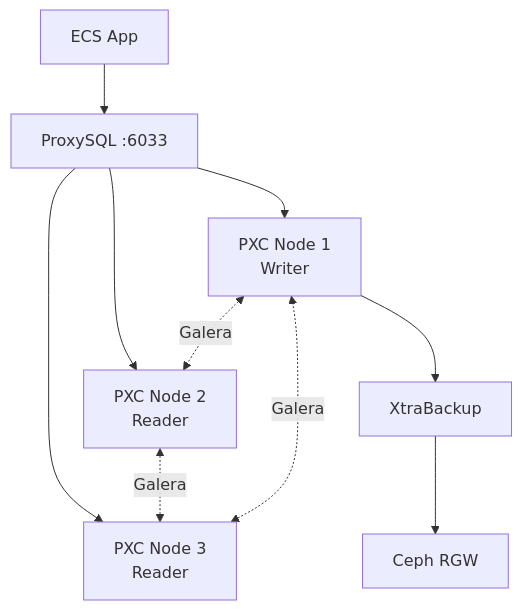
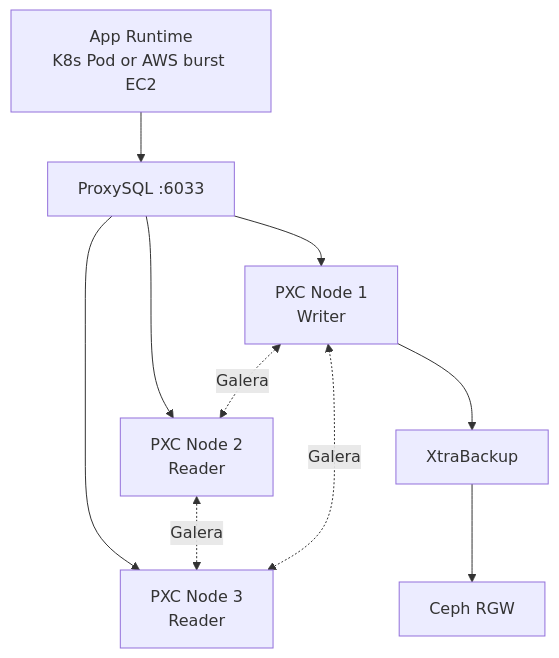
One commit to KosaCloudTeam2/infra-platform changed the diagram in docs/architecture/build-up/02_db_storage.md. Above: the diagram before and after it, drawn with Mermaid. The commit also changed 35 other files, not shown here.

````diff
--- a/docs/architecture/build-up/02_db_storage.md
+++ b/docs/architecture/build-up/02_db_storage.md
@@ -23,12 +23,12 @@
 ```mermaid
 flowchart TB
-    App["ECS App"] --> Proxy["ProxySQL :6033"]
+    App["App Runtime<br/>K8s Pod or AWS burst EC2"] --> Proxy["ProxySQL :6033"]
     Proxy --> PXC1["PXC Node 1<br/>Writer"]
     Proxy --> PXC2["PXC Node 2<br/>Reader"]
     Proxy --> PXC3["PXC Node 3<br/>Reader"]
     PXC1 <-. "Galera" .-> PXC2
     PXC2 <-. "Galera" .-> PXC3
     PXC3 <-. "Galera" .-> PXC1
     PXC1 --> Backup["XtraBackup"]
     Backup --> RGW["Ceph RGW"]
 ```
````
